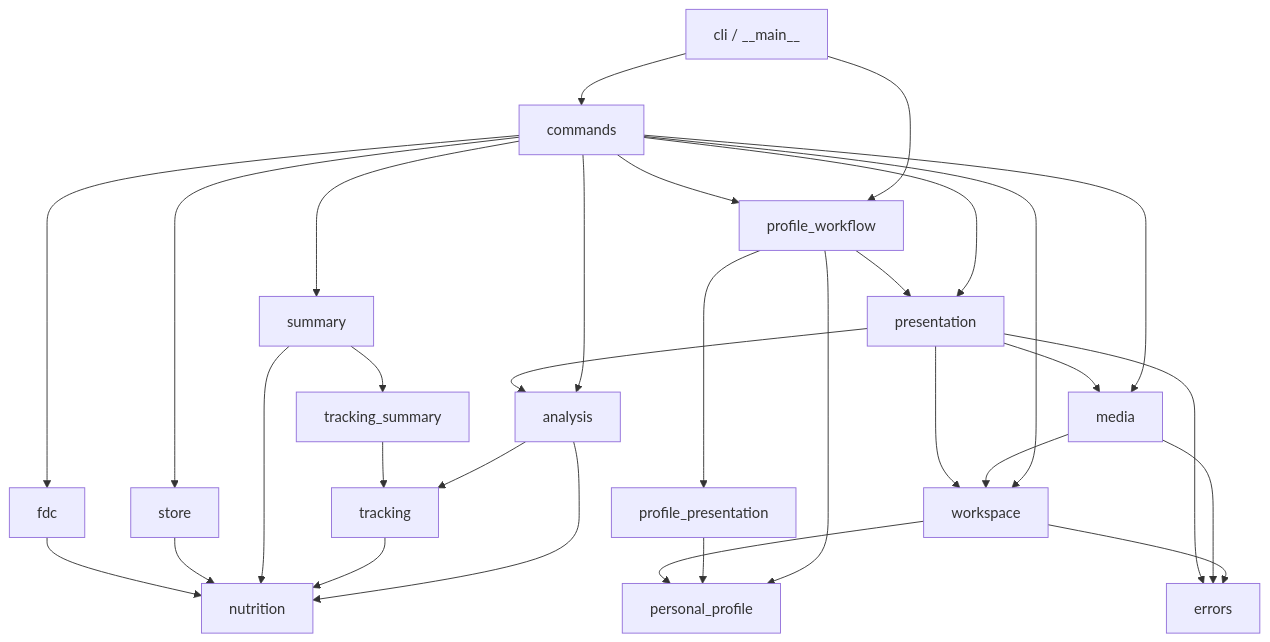
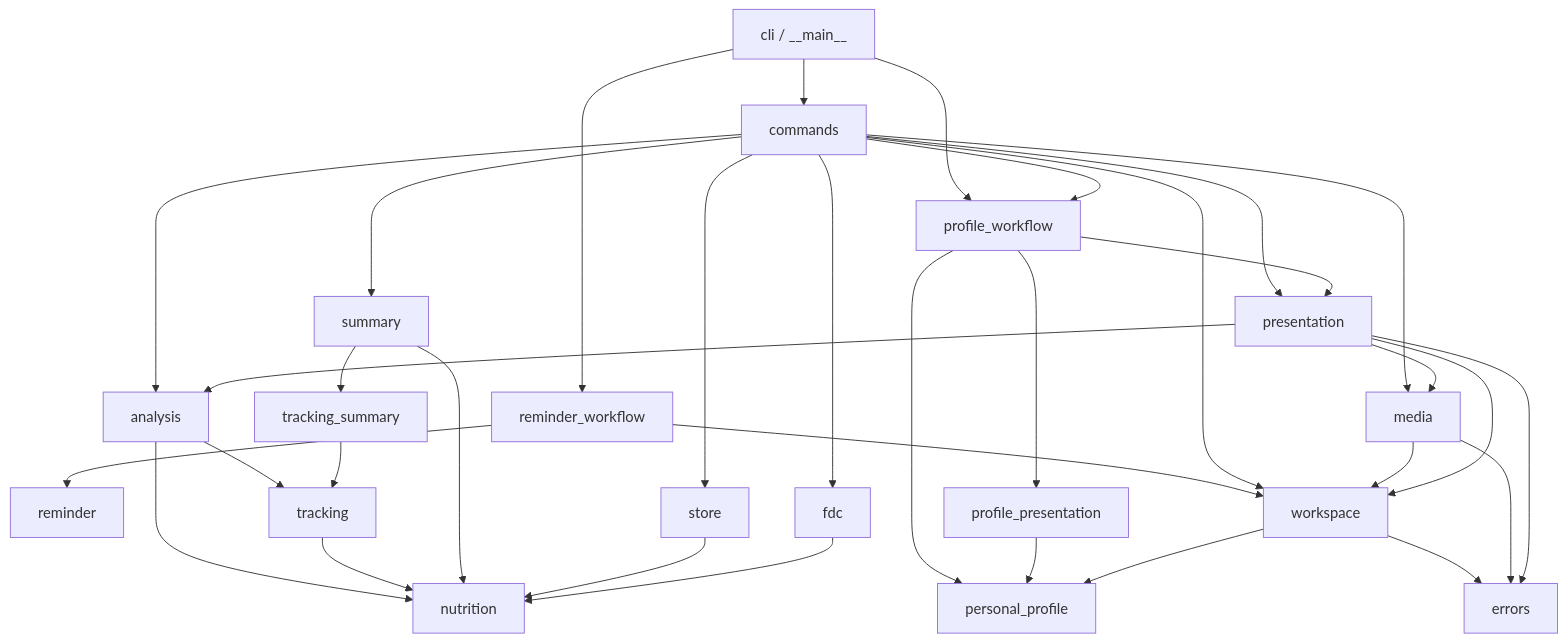
One commit to imathwy/health changed the first of 2 diagrams in docs/architecture.md. Above: the diagram before and after it, drawn with Mermaid. The commit also changed other lines of this file and 24 other files, not shown here.

````diff
--- a/docs/architecture.md
+++ b/docs/architecture.md
@@ -37,33 +38,36 @@
 ```mermaid
 flowchart TD
     CLI[cli / __main__] --> APP[commands]
     CLI --> PROFILEAPP[profile_workflow]
+    CLI --> REMINDERAPP[reminder_workflow]
     APP --> ANALYSIS[analysis]
     APP --> PROFILEAPP
     PROFILEAPP --> PROFILE[personal_profile]
+    REMINDERAPP --> REMINDER[reminder]
+    REMINDERAPP --> WORKSPACE
     APP --> SUMMARY[summary]
     APP --> WORKSPACE[workspace]
     APP --> MEDIA[media]
     APP --> PRESENTATION[presentation]
     PROFILEAPP --> PROFILEVIEW[profile_presentation]
     PROFILEAPP --> PRESENTATION
     APP --> STORE[store]
     APP --> FDC[fdc]
     ANALYSIS --> NUTRITION[nutrition]
     ANALYSIS --> TRACKING[tracking]
     TRACKING --> NUTRITION
     SUMMARY --> NUTRITION
     SUMMARY --> TRACKING_SUMMARY[tracking_summary]
     TRACKING_SUMMARY --> TRACKING
     STORE --> NUTRITION
     FDC --> NUTRITION
     MEDIA --> WORKSPACE
     PRESENTATION --> ANALYSIS
     PRESENTATION --> MEDIA
     PRESENTATION --> WORKSPACE
     PROFILEVIEW --> PROFILE
     WORKSPACE --> PROFILE
     WORKSPACE --> ERRORS[errors]
     MEDIA --> ERRORS
     PRESENTATION --> ERRORS
 ```
````
